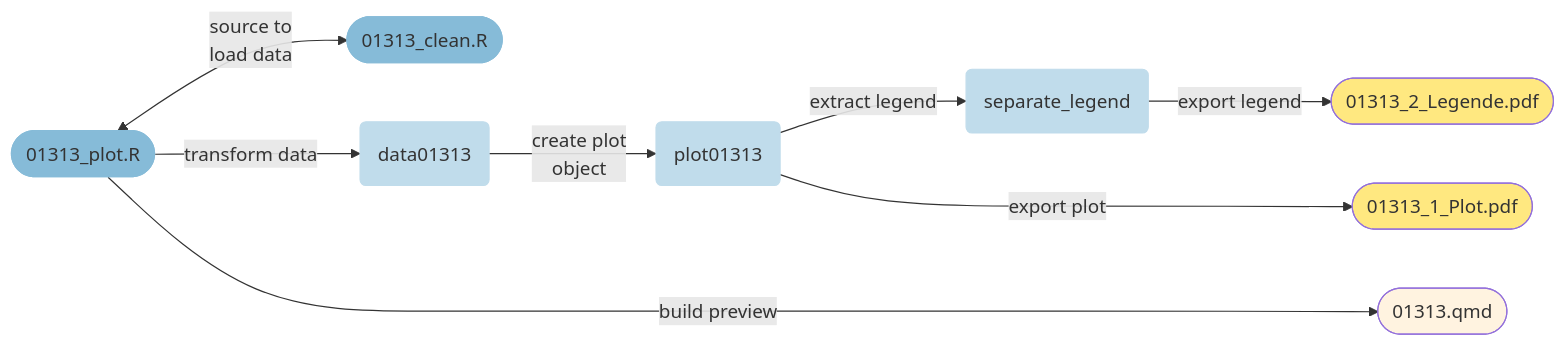
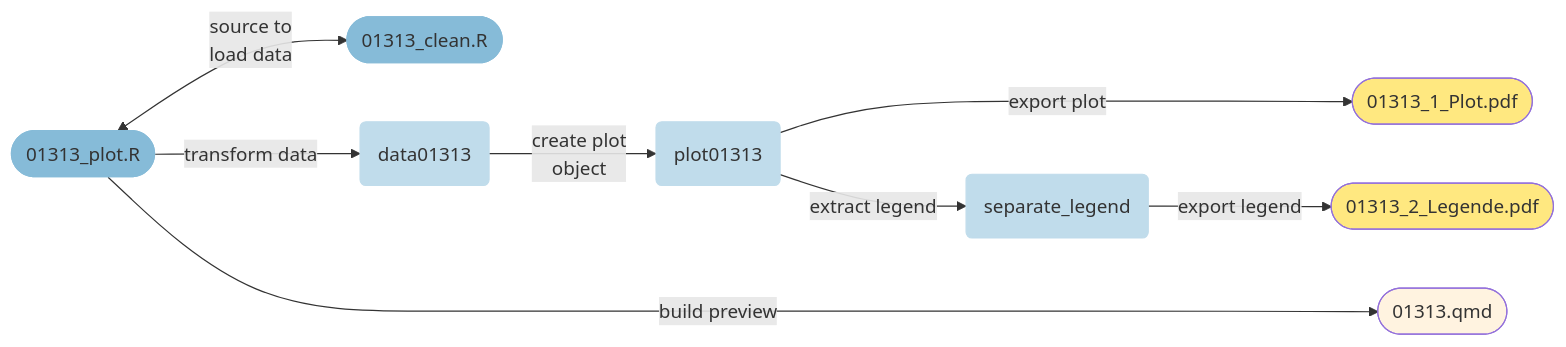
One commit to Stadt-Geschichte-Basel/sgb-figures changed the third of 4 diagrams in docs/workflow/index.qmd. Above: the diagram before and after it, drawn with Mermaid. The commit also changed other lines of this file, not shown here.

Commit message:
feat: move mermaid nodes around

````diff
--- a/docs/workflow/index.qmd
+++ b/docs/workflow/index.qmd
@@ -182,22 +182,22 @@
 ```{mermaid fig-plotting}
 %%| label: fig-plotting
 %%| fig-cap: The plot is built with the processed dataset, producing PDF files and preview documentation.
 
 flowchart LR
         plot_script([01313_plot.R]) <--> |source to<br>load data| clean_script([01313_clean.R])
         plot_script --> |transform data| data01313(data01313)
         data01313 -->|create plot<br>object| plot01313(plot01313)
+        plot01313 --->|export plot| export01313([01313_1_Plot.pdf])
         plot01313 -->|extract legend| legend01313(separate_legend)
-        plot01313 --->|export plot| export01313([01313_1_Plot.pdf])
         legend01313 -->|export legend| exportlegend([01313_2_Legende.pdf])
         plot_script ----->|build preview| infopage([01313.qmd])
 
 style clean_script fill:#86bbd8,stroke:#86bbd8
 style plot_script fill:#86bbd8,stroke:#86bbd8
 style data01313 fill:#c0dceb,stroke:#c0dceb
 style plot01313 fill:#c0dceb,stroke:#c0dceb
 style legend01313 fill:#c0dceb,stroke:#c0dceb
 style export01313 fill:#ffe880
 style exportlegend fill:#ffe880
 style infopage fill:#fff3e0
 ```
````
